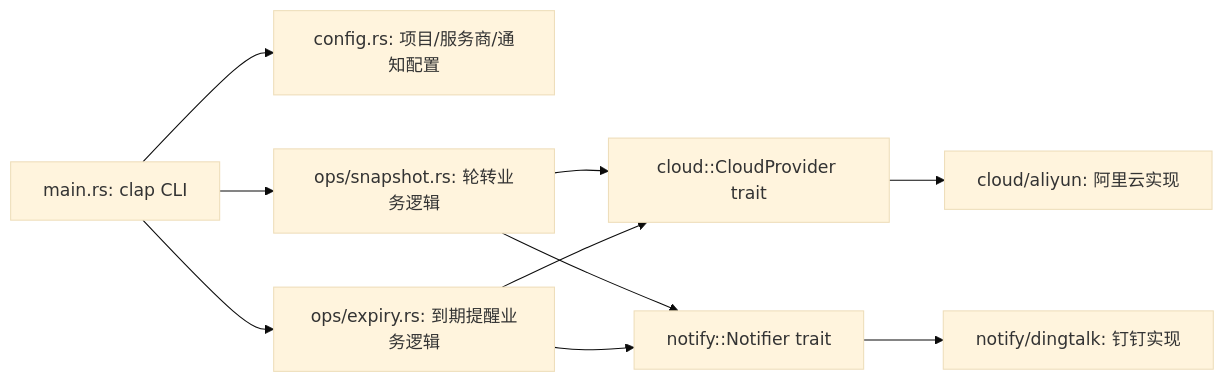
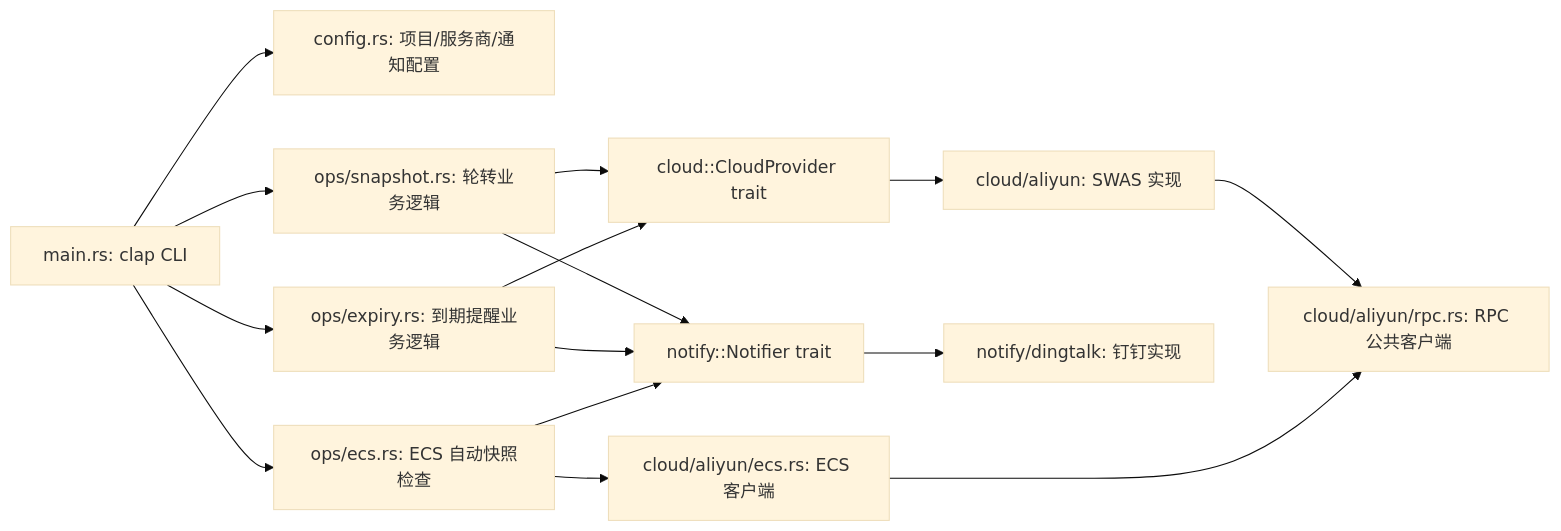
The diagram in README.md (jackclub-cn/ops-console), drawn with Mermaid (base theme) before and after one commit. The commit also changed other lines of this file and 9 other files, not shown here.

Commit message:
feat: ECS 自动快照策略检查与到期提醒（抽取 rpc 公共客户端，SWAS/ECS 复用）

````diff
--- a/README.md
+++ b/README.md
@@ -164,12 +205,17 @@
 ```mermaid
 graph LR
     CLI[main.rs: clap CLI] --> C[config.rs: 项目/服务商/通知配置]
     CLI --> P[ops/snapshot.rs: 轮转业务逻辑]
     CLI --> E[ops/expiry.rs: 到期提醒业务逻辑]
+    CLI --> A[ops/ecs.rs: ECS 自动快照检查]
     P --> T[cloud::CloudProvider trait]
     E --> T
-    T --> A[cloud/aliyun: 阿里云实现]
+    T --> SW[cloud/aliyun: SWAS 实现]
+    A --> EC[cloud/aliyun/ecs.rs: ECS 客户端]
+    SW --> R[cloud/aliyun/rpc.rs: RPC 公共客户端]
+    EC --> R
     P --> N[notify::Notifier trait]
     E --> N
+    A --> N
     N --> D[notify/dingtalk: 钉钉实现]
 ```
````
